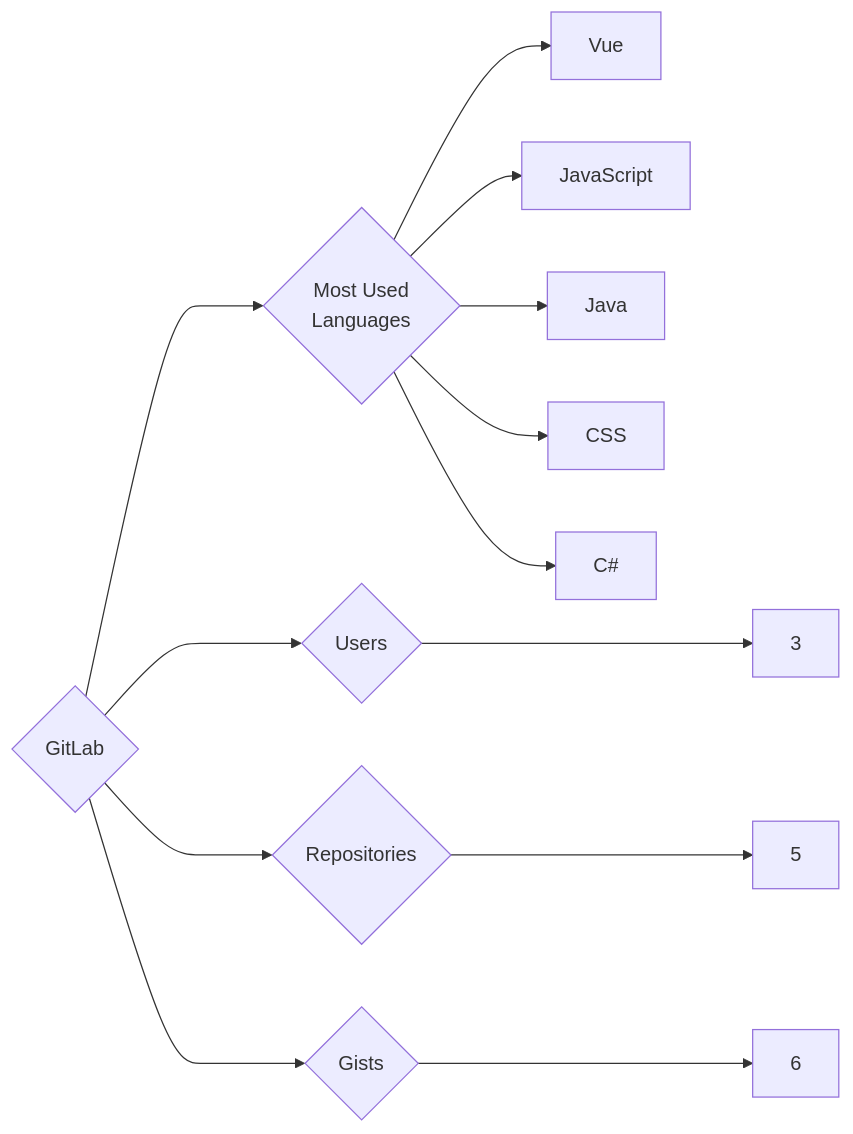
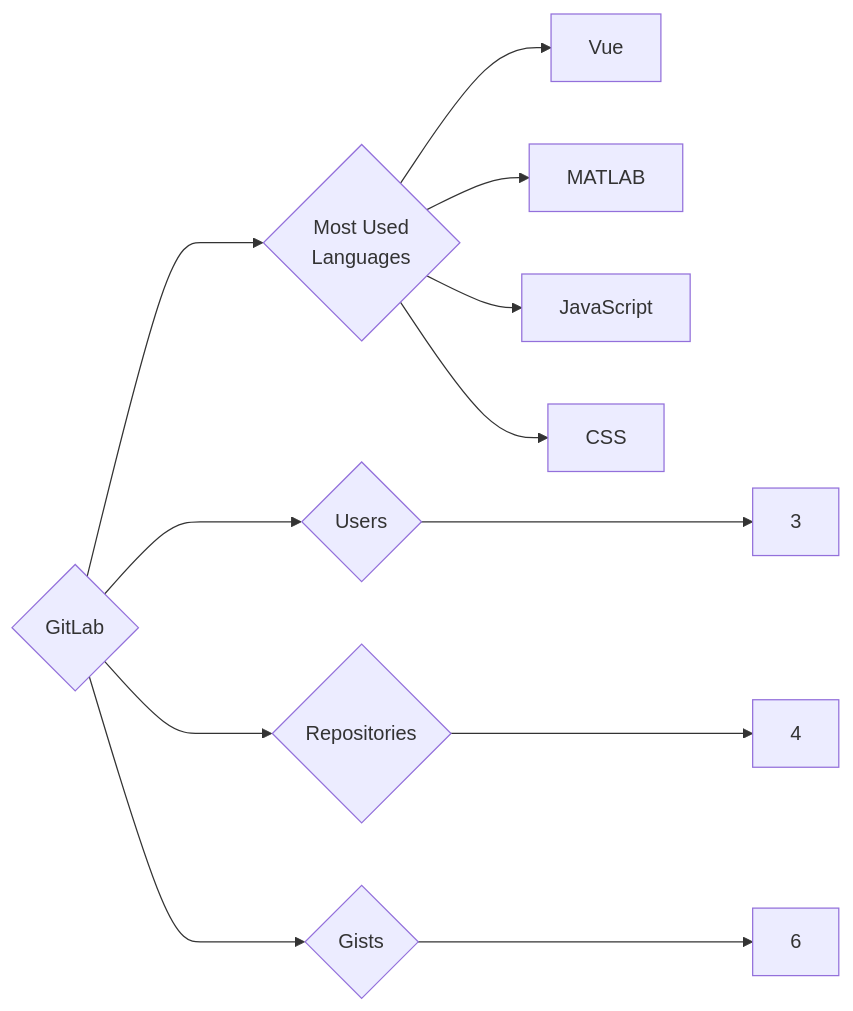
Before and after one commit to trickest/insiders: the diagram in targets/GitLab/README.md, drawn with Mermaid. The commit also changed 938 other files, not shown here.

````diff
--- a/targets/GitLab/README.md
+++ b/targets/GitLab/README.md
@@ -3,13 +3,12 @@
 ```mermaid
 graph LR
 COMPANY_NAME{GitLab}
 COMPANY_NAME ---> U{Users} ---> UN[3]
-COMPANY_NAME ---> R{Repositories} ---> RN[5]
+COMPANY_NAME ---> R{Repositories} ---> RN[4]
 COMPANY_NAME ---> G{Gists} ---> GN[6]
 COMPANY_NAME ---> ML{Most Used<br>Languages}
 ML --> Vue[Vue]
+ML --> MATLAB[MATLAB]
 ML --> JavaScript[JavaScript]
-ML --> Java[Java]
 ML --> CSS[CSS]
-ML --> C#[C#]
 ```
````
